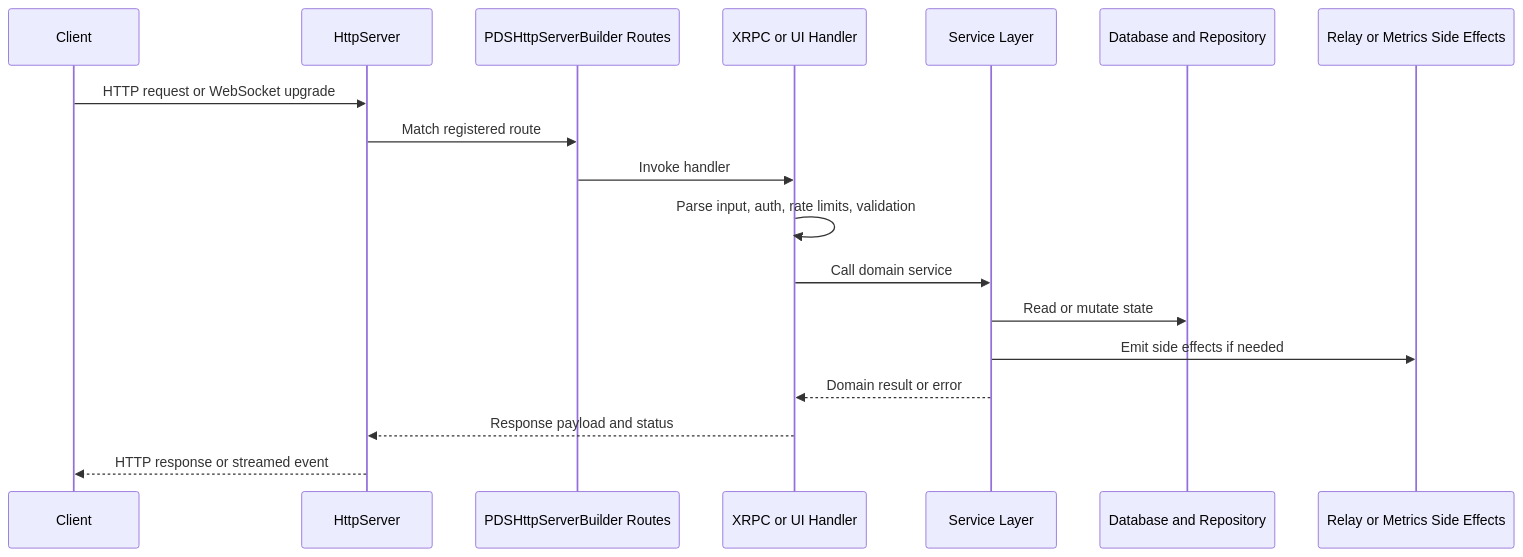
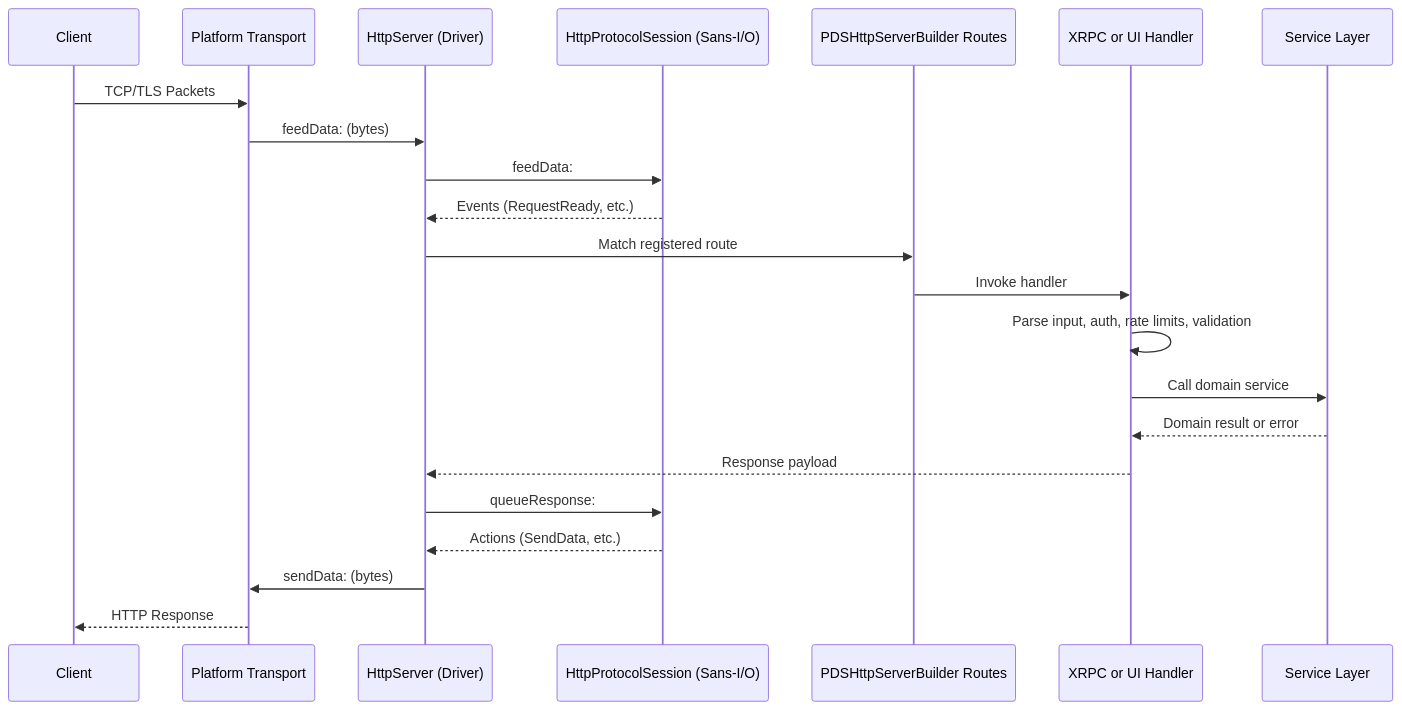
One commit to jvalinsky/garazyk changed the diagram in docs/01-getting-started/request-lifecycle.md. Above: the diagram before and after it, drawn with Mermaid. The commit also changed 22 other files, not shown here.

````diff
--- a/docs/01-getting-started/request-lifecycle.md
+++ b/docs/01-getting-started/request-lifecycle.md
@@ -15,21 +15,25 @@
 ```mermaid
 sequenceDiagram
   participant C as Client
-  participant H as HttpServer
+  participant T as Platform Transport
+  participant H as HttpServer (Driver)
+  participant P as HttpProtocolSession (Sans-I/O)
   participant B as PDSHttpServerBuilder Routes
   participant X as XRPC or UI Handler
   participant S as Service Layer
-  participant D as Database and Repository
-  participant R as Relay or Metrics Side Effects
 
-  C->>H: HTTP request or WebSocket upgrade
+  C->>T: TCP/TLS Packets
+  T->>H: feedData: (bytes)
+  H->>P: feedData:
+  P-->>H: Events (RequestReady, etc.)
   H->>B: Match registered route
   B->>X: Invoke handler
   X->>X: Parse input, auth, rate limits, validation
   X->>S: Call domain service
-  S->>D: Read or mutate state
-  S->>R: Emit side effects if needed
   S-->>X: Domain result or error
-  X-->>H: Response payload and status
-  H-->>C: HTTP response or streamed event
+  X-->>H: Response payload
+  H->>P: queueResponse:
+  P-->>H: Actions (SendData, etc.)
+  H->>T: sendData: (bytes)
+  T-->>C: HTTP Response
 ```
````
